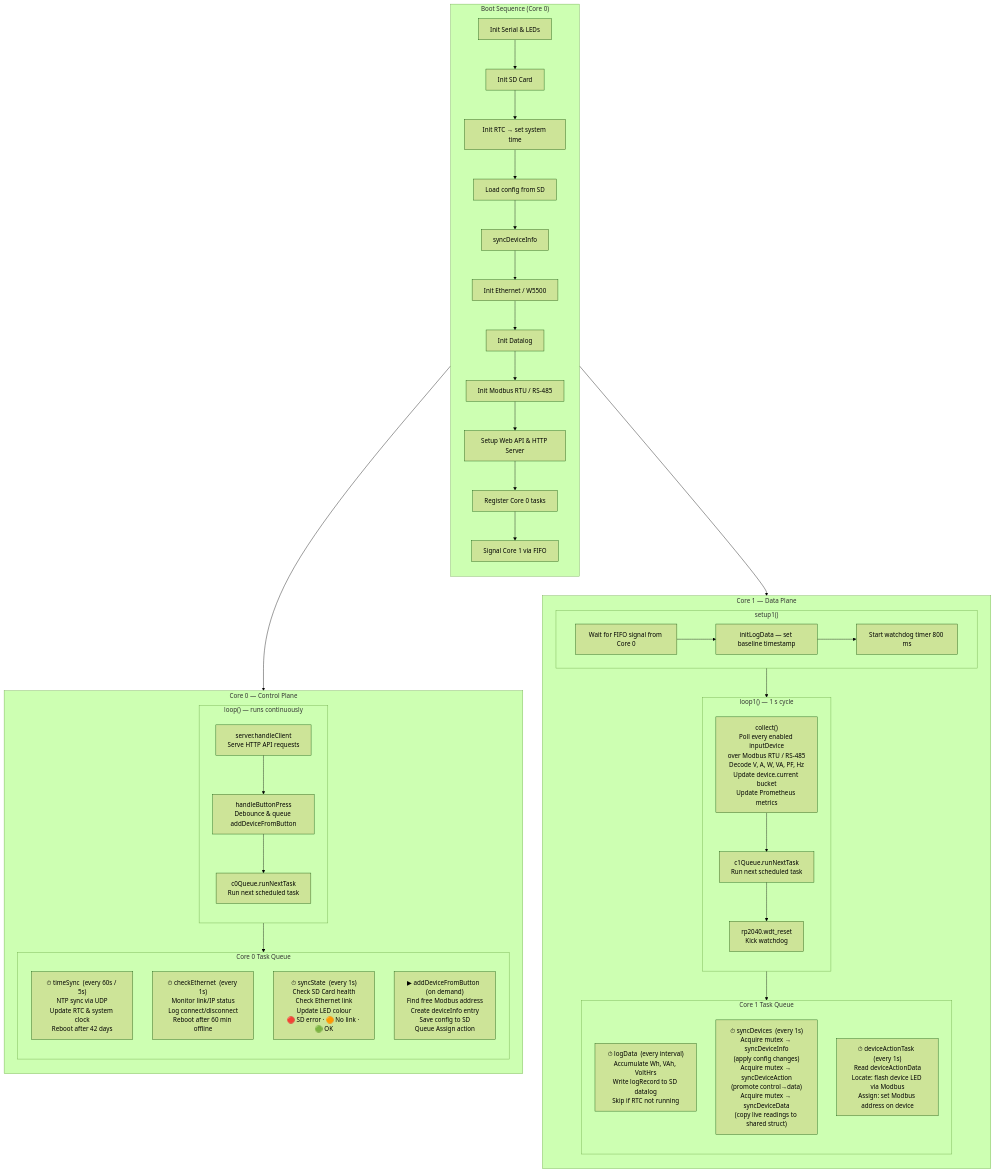
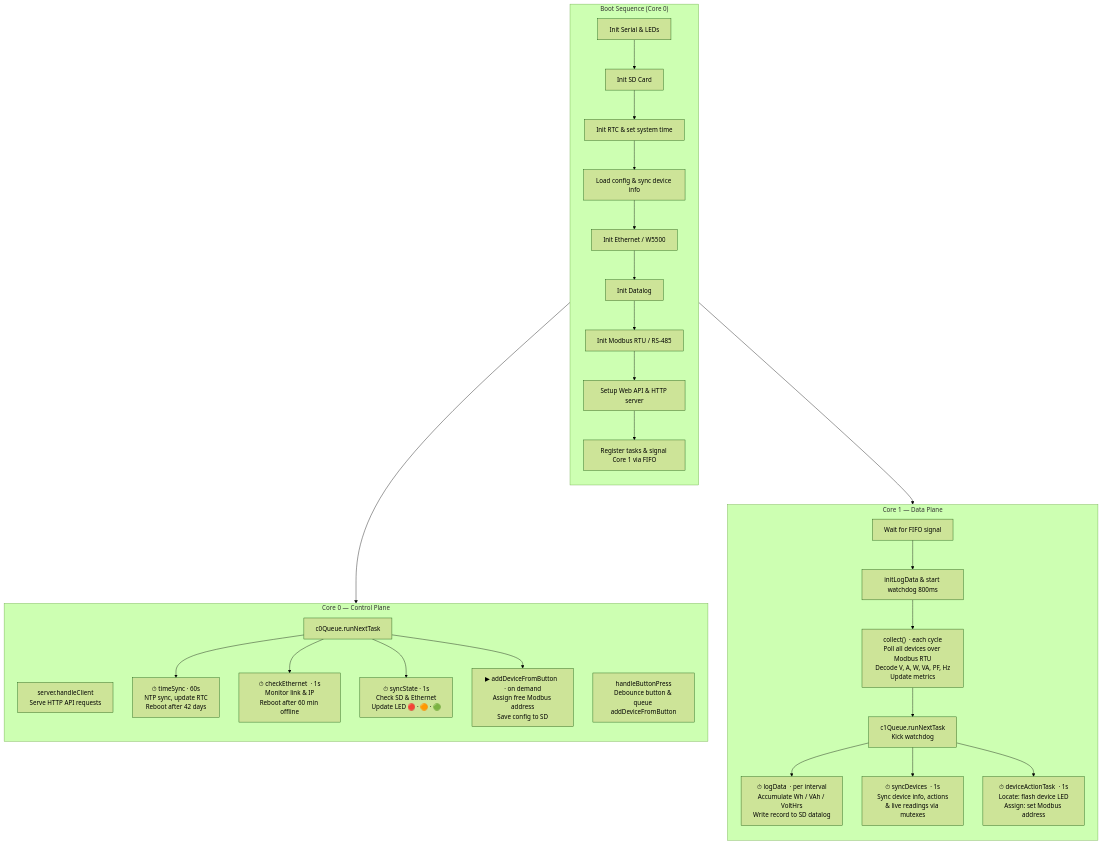
One commit to nrwiersma/aura-mon changed the diagram in firmware/FIRMWARE.md. Above: the diagram before and after it, drawn with Mermaid (forest theme).

Commit message:
refactor

````diff
--- a/firmware/FIRMWARE.md
+++ b/firmware/FIRMWARE.md
@@ -5,68 +5,45 @@
 ```mermaid
 flowchart TD
     subgraph BOOT["Boot Sequence (Core 0)"]
         direction TB
         B1[Init Serial & LEDs] --> B2[Init SD Card]
-        B2 --> B3[Init RTC → set system time]
-        B3 --> B4[Load config from SD]
-        B4 --> B5[syncDeviceInfo]
-        B5 --> B6[Init Ethernet / W5500]
-        B6 --> B7[Init Datalog]
-        B7 --> B8[Init Modbus RTU / RS-485]
-        B8 --> B9[Setup Web API & HTTP Server]
-        B9 --> B10[Register Core 0 tasks]
-        B10 --> B11[Signal Core 1 via FIFO]
+        B2 --> B3[Init RTC & set system time]
+        B3 --> B4[Load config & sync device info]
+        B4 --> B5[Init Ethernet / W5500]
+        B5 --> B6[Init Datalog]
+        B6 --> B7[Init Modbus RTU / RS-485]
+        B7 --> B8[Setup Web API & HTTP server]
+        B8 --> B9[Register tasks & signal Core 1 via FIFO]
     end
 
     subgraph C0["Core 0 — Control Plane"]
         direction TB
+        L0A[server.handleClient\nServe HTTP API requests]
+        L0B[handleButtonPress\nDebounce button & queue addDeviceFromButton]
+        L0C[c0Queue.runNextTask]
 
-        subgraph C0LOOP["loop()  —  runs continuously"]
-            direction TB
-            L0A[server.handleClient\nServe HTTP API requests]
-            L0B[handleButtonPress\nDebounce & queue addDeviceFromButton]
-            L0C[c0Queue.runNextTask\nRun next scheduled task]
-            L0A --> L0B --> L0C
-        end
+        T0A["⏱ timeSync  · 60s\nNTP sync, update RTC\nReboot after 42 days"]
+        T0B["⏱ checkEthernet  · 1s\nMonitor link & IP\nReboot after 60 min offline"]
+        T0C["⏱ syncState  · 1s\nCheck SD & Ethernet\nUpdate LED  🔴 · 🟠 · 🟢"]
+        T0D["▶ addDeviceFromButton  · on demand\nAssign free Modbus address\nSave config to SD"]
 
-        subgraph C0TASKS["Core 0 Task Queue"]
-            direction TB
-            T0A["⏱ timeSync  (every 60s / 5s)\nNTP sync via UDP\nUpdate RTC & system clock\nReboot after 42 days"]
-            T0B["⏱ checkEthernet  (every 1s)\nMonitor link/IP status\nLog connect/disconnect\nReboot after 60 min offline"]
-            T0C["⏱ syncState  (every 1s)\nCheck SD Card health\nCheck Ethernet link\nUpdate LED colour\n🔴 SD error · 🟠 No link · 🟢 OK"]
-            T0D["▶ addDeviceFromButton  (on demand)\nFind free Modbus address\nCreate deviceInfo entry\nSave config to SD\nQueue Assign action"]
-        end
-
-        C0LOOP --> C0TASKS
+        L0C --> T0A & T0B & T0C & T0D
     end
 
     subgraph C1["Core 1 — Data Plane"]
         direction TB
+        S1[Wait for FIFO signal] --> S2[initLogData & start watchdog 800ms]
 
-        subgraph C1INIT["setup1()"]
-            S1[Wait for FIFO signal from Core 0] --> S2[initLogData — set baseline timestamp]
-            S2 --> S3[Start watchdog timer 800 ms]
-        end
+        L1A["collect()  · each cycle\nPoll all devices over Modbus RTU\nDecode V, A, W, VA, PF, Hz\nUpdate metrics"]
+        L1B[c1Queue.runNextTask\nKick watchdog]
 
-        subgraph C1LOOP["loop1()  —  1 s cycle"]
-            direction TB
-            L1A["collect()\nPoll every enabled inputDevice\nover Modbus RTU / RS-485\nDecode V, A, W, VA, PF, Hz\nUpdate device.current bucket\nUpdate Prometheus metrics"]
-            L1B[c1Queue.runNextTask\nRun next scheduled task]
-            L1C[rp2040.wdt_reset\nKick watchdog]
-            L1A --> L1B --> L1C
-        end
+        T1A["⏱ logData  · per interval\nAccumulate Wh / VAh / VoltHrs\nWrite record to SD datalog"]
+        T1B["⏱ syncDevices  · 1s\nSync device info, actions\n& live readings via mutexes"]
+        T1C["⏱ deviceActionTask  · 1s\nLocate: flash device LED\nAssign: set Modbus address"]
 
-        subgraph C1TASKS["Core 1 Task Queue"]
-            direction TB
-            T1A["⏱ logData  (every interval)\nAccumulate Wh, VAh, VoltHrs\nWrite logRecord to SD datalog\nSkip if RTC not running"]
-            T1B["⏱ syncDevices  (every 1s)\nAcquire mutex → syncDeviceInfo\n(apply config changes)\nAcquire mutex → syncDeviceAction\n(promote control→data)\nAcquire mutex → syncDeviceData\n(copy live readings to shared struct)"]
-            T1C["⏱ deviceActionTask  (every 1s)\nRead deviceActionData\nLocate: flash device LED via Modbus\nAssign: set Modbus address on device"]
-        end
-
-        C1INIT --> C1LOOP
-        C1LOOP --> C1TASKS
+        S2 --> L1A --> L1B
+        L1B --> T1A & T1B & T1C
     end
 
-    BOOT --> C0
-    BOOT --> C1
+    BOOT --> C0 & C1
 ```
````
